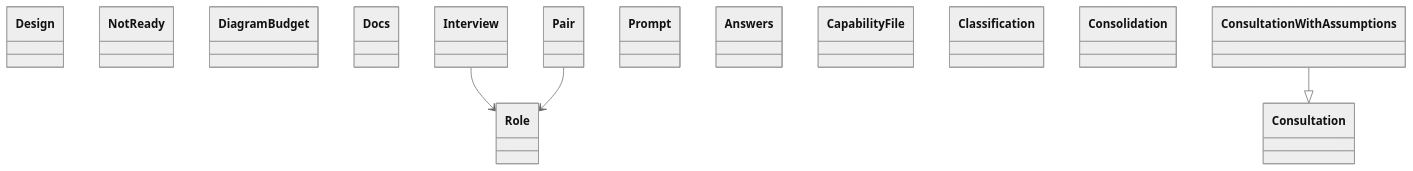
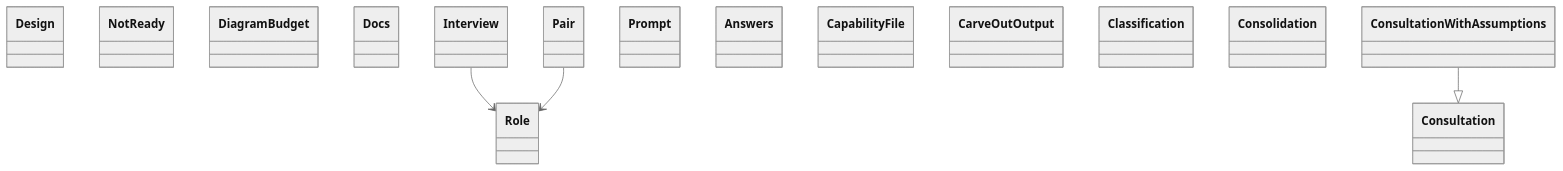
Before and after one commit to GonzaloZevallos/agentic-system: the diagram in docs/architecture/generated/classes-process-domain-roles-1.md, drawn with Mermaid (neutral theme). The commit also changed other lines of this file and 4 other files, not shown here.

Commit message:
Regenerate the roles class diagrams and format the schema test

````diff
--- a/docs/architecture/generated/classes-process-domain-roles-1.md
+++ b/docs/architecture/generated/classes-process-domain-roles-1.md
@@ -27,20 +27,21 @@
 ```mermaid
 classDiagram
     class design__Design["Design"]
     class design__NotReady["NotReady"]
     class docs__DiagramBudget["DiagramBudget"]
     class docs__Docs["Docs"]
     class roles__Interview["Interview"]
     class roles__Pair["Pair"]
     class roles__Prompt["Prompt"]
     class roles__Role["Role"]
     class schemas__Answers["Answers"]
     class schemas__CapabilityFile["CapabilityFile"]
+    class schemas__CarveOutOutput["CarveOutOutput"]
     class schemas__Classification["Classification"]
     class schemas__Consolidation["Consolidation"]
     class schemas__Consultation["Consultation"]
     class schemas__ConsultationWithAssumptions["ConsultationWithAssumptions"]
     roles__Interview --> roles__Role
     roles__Pair --> roles__Role
     schemas__ConsultationWithAssumptions --|> schemas__Consultation
 ```
````
